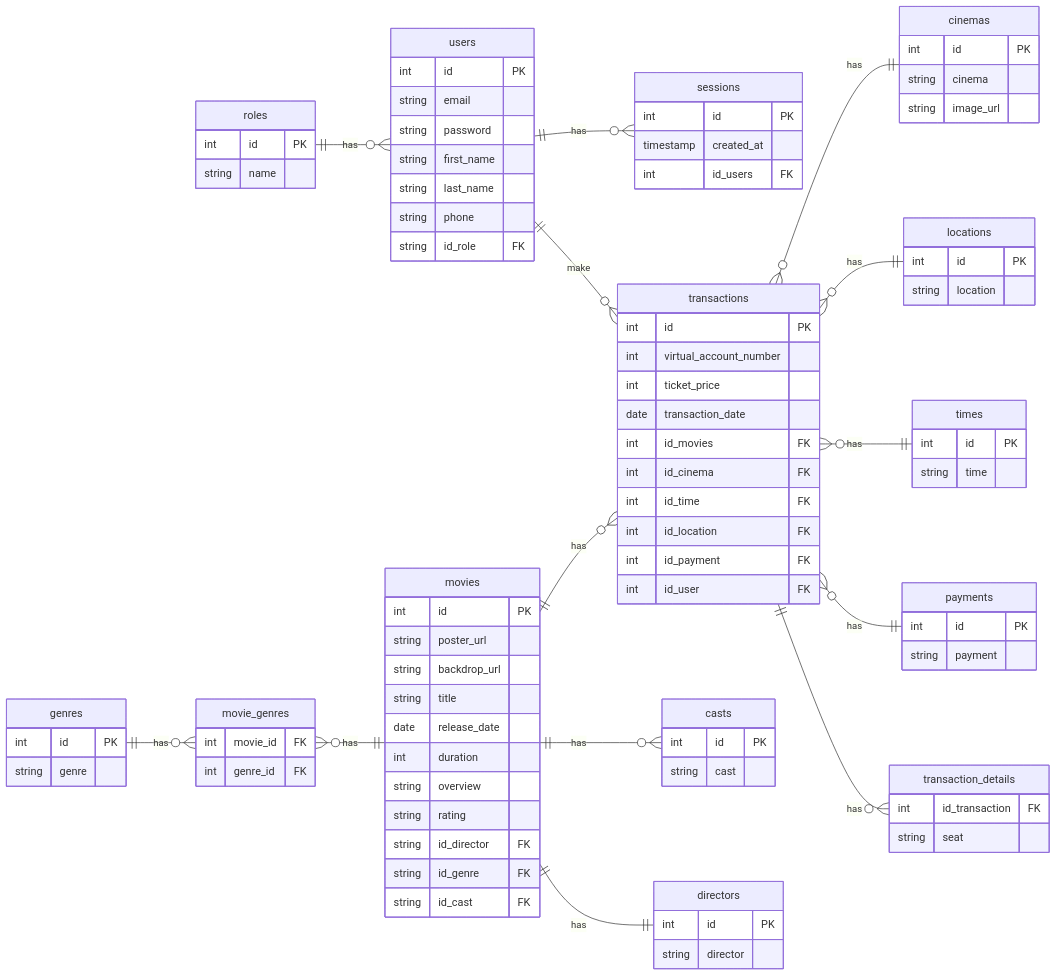
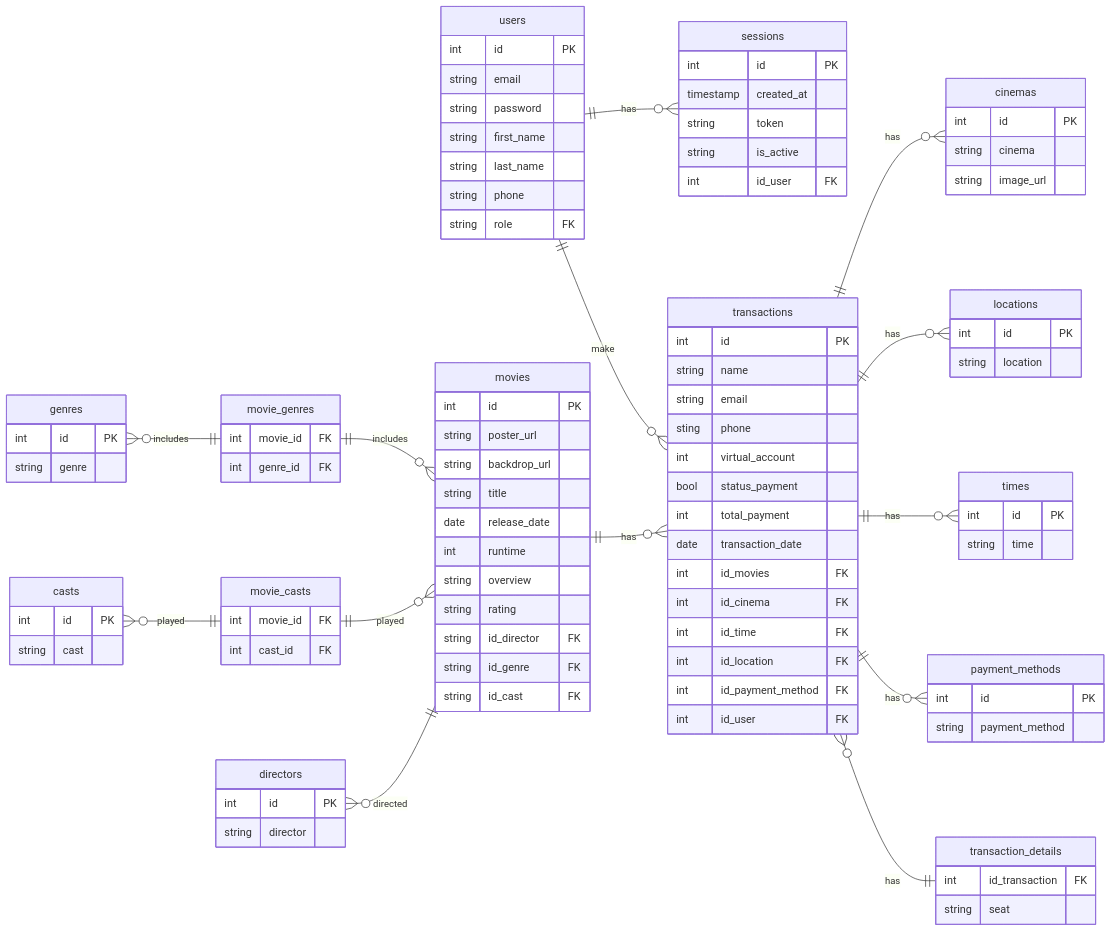
One commit to yusufbahtiarr/fgo24-db-weeklytask changed the diagram in readme.md. Above: the diagram before and after it, drawn with Mermaid.

Commit message:
docs: update ERD relationships and cardinality between users and sessions

````diff
--- a/readme.md
+++ b/readme.md
@@ -5,19 +5,20 @@
 ```mermaid
   erDiagram
   direction LR
-  roles ||--o{ users : has
   users ||--o{ sessions : has
-  movie_genres }o--|| movies : has
-  genres ||--o{ movie_genres : has
+  movie_genres ||--o{ movies : includes
+  genres }o--|| movie_genres : includes
   users ||--o{ transactions : make
-  transactions }o--|| cinemas : has
-  transactions }o--|| locations : has
-  transactions }o--|| times : has
-  transactions }o--|| payments : has
-  transactions ||--o{ transaction_details : has
+  transactions ||--o{ cinemas : has
+  transactions ||--o{ locations : has
+  transactions ||--o{ times : has
+  transactions ||--o{ payment_methods : has
+  transactions }o--|| transaction_details : has
   movies ||--o{ transactions : has
-  movies ||--o{ casts : has
-  movies ||--|| directors : has
+  movie_casts ||--o{  movies  : played
+  casts }o--|| movie_casts : played
+  directors }o--|| movies : directed
+
 
   users {
     int id PK
@@ -26,17 +27,14 @@
     string first_name
     string last_name
     string phone
-    string id_role FK
+    string role FK
   }
   sessions {
     int id PK
     timestamp created_at
-    int id_users FK
-  }
-
-  roles {
-    int id PK
-    string name
+    string token
+    string is_active
+    int id_user FK
   }
 
   movies {
@@ -45,7 +43,7 @@
     string backdrop_url
     string title
     date release_date
-    int duration
+    int runtime
     string overview
     string rating
     string id_director FK
@@ -53,6 +51,10 @@
     string id_cast FK
   }
 
+  movie_casts {
+  int movie_id FK
+  int cast_id FK
+}
   casts {
     int id PK
     string cast
@@ -74,14 +76,18 @@
 
   transactions {
     int id PK
-    int virtual_account_number
-    int ticket_price
+    string name
+    string email
+    sting phone
+    int virtual_account
+    bool status_payment
+    int total_payment
     date transaction_date
     int id_movies FK
     int id_cinema FK
     int id_time FK
     int id_location FK
-    int id_payment FK
+    int id_payment_method FK
     int id_user FK
   }
 
@@ -106,9 +112,9 @@
     string time
   }
 
-  payments {
+  payment_methods {
     int id PK
-    string payment
+    string payment_method
   }
 
 ```
````
